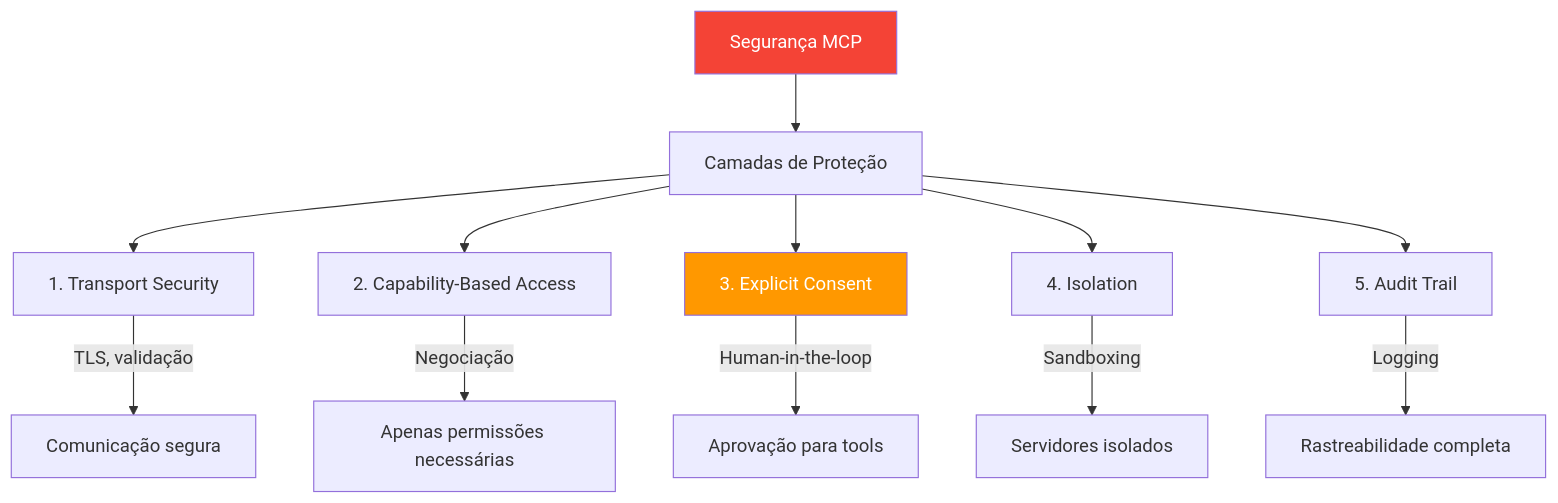
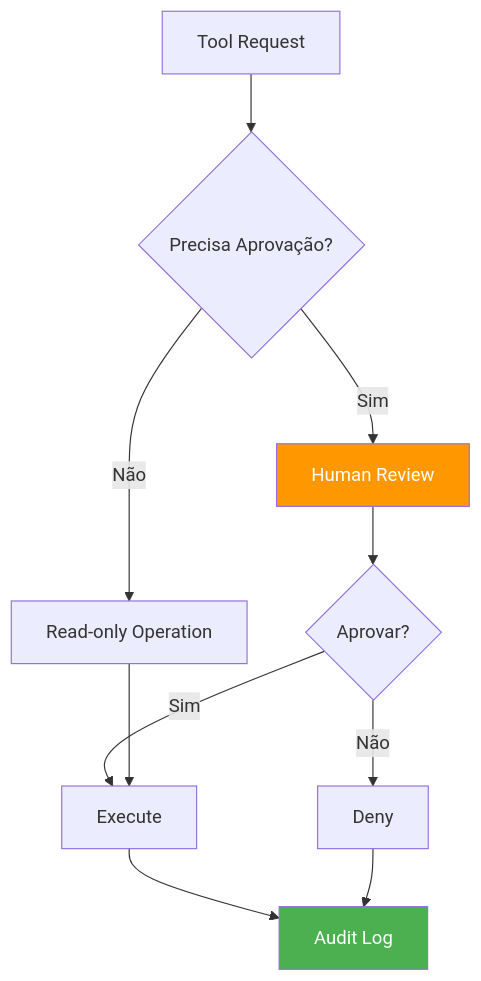
Diagram 11 of 39 in AI/Comunicação/MCP/00-mcp-presentation-zero to hero.md (felipepimentel/my-public-notes), drawn with Mermaid before and after one commit. The commit also changed other lines of this file, not shown here.

````diff
--- a/AI/Comunicação/MCP/00-mcp-presentation-zero to hero.md
+++ b/AI/Comunicação/MCP/00-mcp-presentation-zero to hero.md
@@ -444,19 +283,17 @@
 ```mermaid
-graph TD
-    SEC[Segurança MCP] --> LAYERS[Camadas de Proteção]
+graph TB
+    TOOL[Tool Request] --> CHECK{Precisa Aprovação?}
+    CHECK -->|Sim| HUMAN[Human Review]
+    CHECK -->|Não| SAFE[Read-only Operation]
     
-    LAYERS --> L1[1. Transport Security]
-    LAYERS --> L2[2. Capability-Based Access]
-    LAYERS --> L3[3. Explicit Consent]
-    LAYERS --> L4[4. Isolation]
-    LAYERS --> L5[5. Audit Trail]
+    HUMAN --> APPROVE{Aprovar?}
+    APPROVE -->|Sim| EXEC[Execute]
+    APPROVE -->|Não| DENY[Deny]
     
-    L1 --> |"TLS, validação"| T1[Comunicação segura]
-    L2 --> |"Negociação"| T2[Apenas permissões necessárias]
-    L3 --> |"Human-in-the-loop"| T3[Aprovação para tools]
-    L4 --> |"Sandboxing"| T4[Servidores isolados]
-    L5 --> |"Logging"| T5[Rastreabilidade completa]
+    SAFE --> EXEC
+    EXEC --> LOG[Audit Log]
+    DENY --> LOG
     
-    style SEC fill:#f44336,color:#fff
-    style L3 fill:#ff9800,color:#fff
+    style HUMAN fill:#ff9800,color:#fff
+    style LOG fill:#4CAF50,color:#fff
 ```
````
